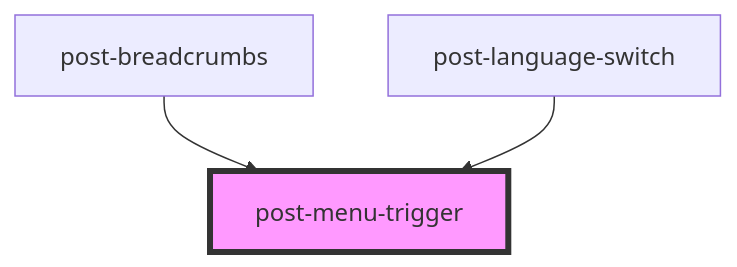
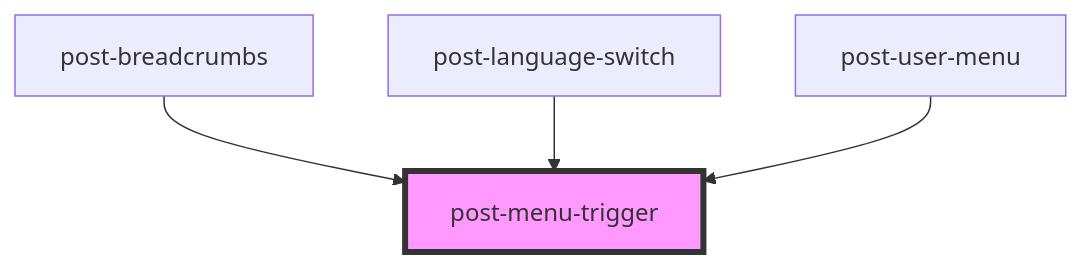
One commit to swisspost/design-system changed the diagram in packages/components/src/components/post-menu-trigger/readme.md. Above: the diagram before and after it, drawn with Mermaid. The commit also changed other lines of this file and 14 other files, not shown here.

Commit message:
feat(components): add post-user-menu

````diff
--- a/packages/components/src/components/post-menu-trigger/readme.md
+++ b/packages/components/src/components/post-menu-trigger/readme.md
@@ -23,6 +24,7 @@
 ```mermaid
 graph TD;
   post-breadcrumbs --> post-menu-trigger
   post-language-switch --> post-menu-trigger
+  post-user-menu --> post-menu-trigger
   style post-menu-trigger fill:#f9f,stroke:#333,stroke-width:4px
 ```
````
